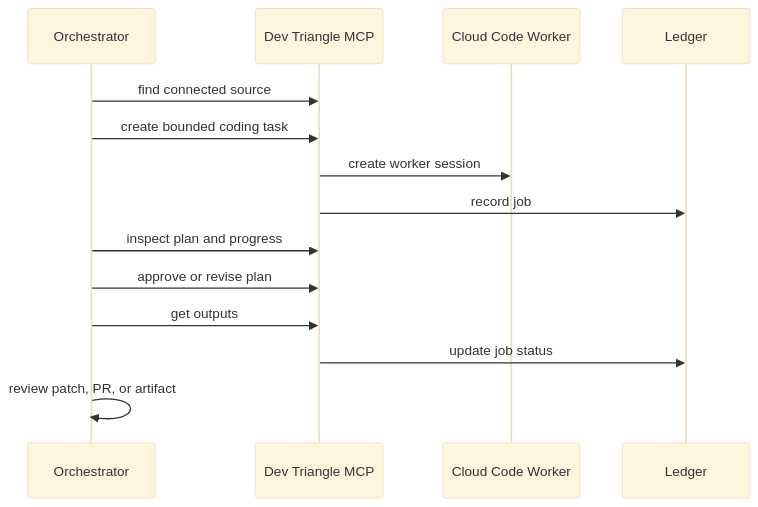
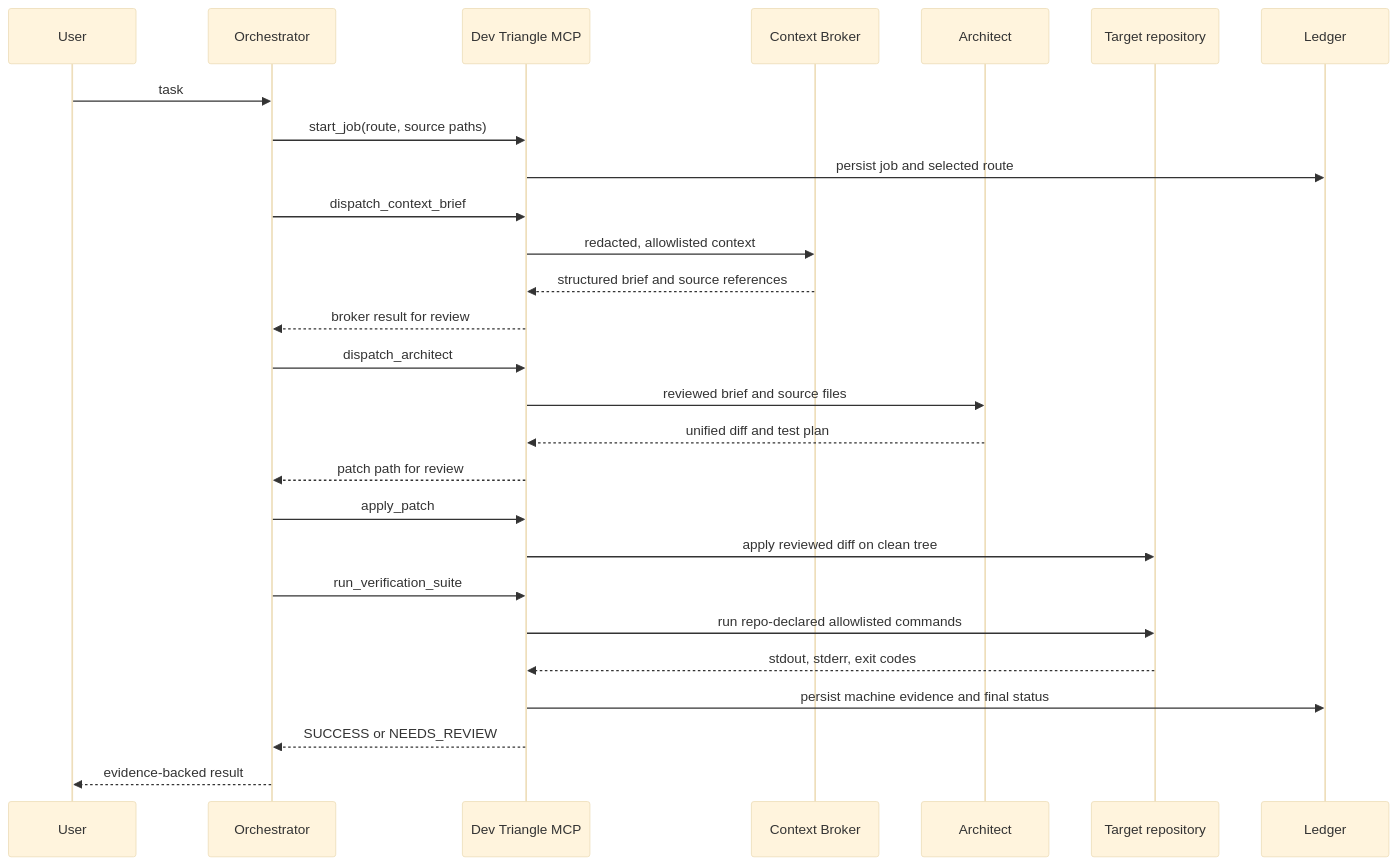
The third of 3 diagrams in docs/ARCHITECTURE.md (SpadesZ/dev-triangle-mcp), drawn with Mermaid (base theme) before and after one commit. The commit also changed other lines of this file and 11 other files, not shown here.

````diff
--- a/docs/ARCHITECTURE.md
+++ b/docs/ARCHITECTURE.md
@@ -175,17 +111,30 @@
 ```mermaid
 sequenceDiagram
+  participant U as User
   participant O as Orchestrator
   participant M as Dev Triangle MCP
-  participant W as Cloud Code Worker
-  participant S as Ledger
+  participant B as Context Broker
+  participant A as Architect
+  participant R as Target repository
+  participant L as Ledger
 
-  O->>M: find connected source
-  O->>M: create bounded coding task
-  M->>W: create worker session
-  M->>S: record job
-  O->>M: inspect plan and progress
-  O->>M: approve or revise plan
-  O->>M: get outputs
-  M->>S: update job status
-  O->>O: review patch, PR, or artifact
+  U->>O: task
+  O->>M: start_job(route, source paths)
+  M->>L: persist job and selected route
+  O->>M: dispatch_context_brief
+  M->>B: redacted, allowlisted context
+  B-->>M: structured brief and source references
+  M-->>O: broker result for review
+  O->>M: dispatch_architect
+  M->>A: reviewed brief and source files
+  A-->>M: unified diff and test plan
+  M-->>O: patch path for review
+  O->>M: apply_patch
+  M->>R: apply reviewed diff on clean tree
+  O->>M: run_verification_suite
+  M->>R: run repo-declared allowlisted commands
+  R-->>M: stdout, stderr, exit codes
+  M->>L: persist machine evidence and final status
+  M-->>O: SUCCESS or NEEDS_REVIEW
+  O-->>U: evidence-backed result
 ```
````
